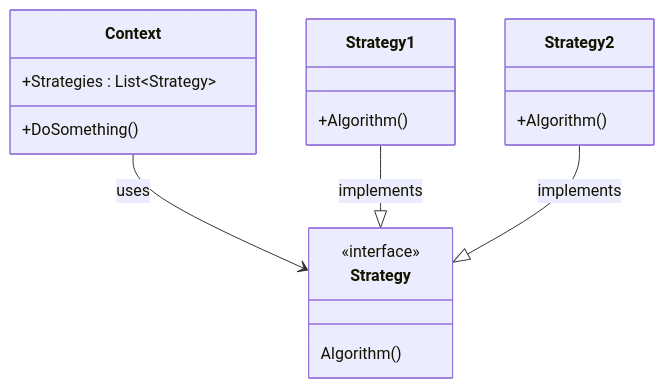
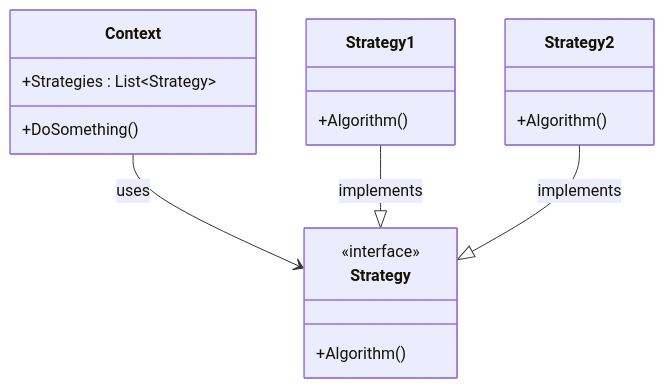
The third of 3 diagrams in 05-patterns.md (MelGrubb/ps-oo-cs10), drawn with Mermaid before and after one commit. The commit also changed 8 other files, not shown here.

````diff
--- a/05-patterns.md
+++ b/05-patterns.md
@@ -39,23 +39,24 @@
 ```mermaid
 classDiagram
 	class Strategy {
 		<<interface>>
-		Algorithm()
+		+Algorithm()
 	}
 
 	class Context {
 		+Strategies : List~Strategy~
 		+DoSomething()
 	}
 	Context --> Strategy : uses
 
 	class Strategy1 {
 		+Algorithm()
 	}
 	Strategy1 --|> Strategy : implements
 
 	class Strategy2 {
 		+Algorithm()
 	}
 	Strategy2 --|> Strategy : implements
+
 ```
````
